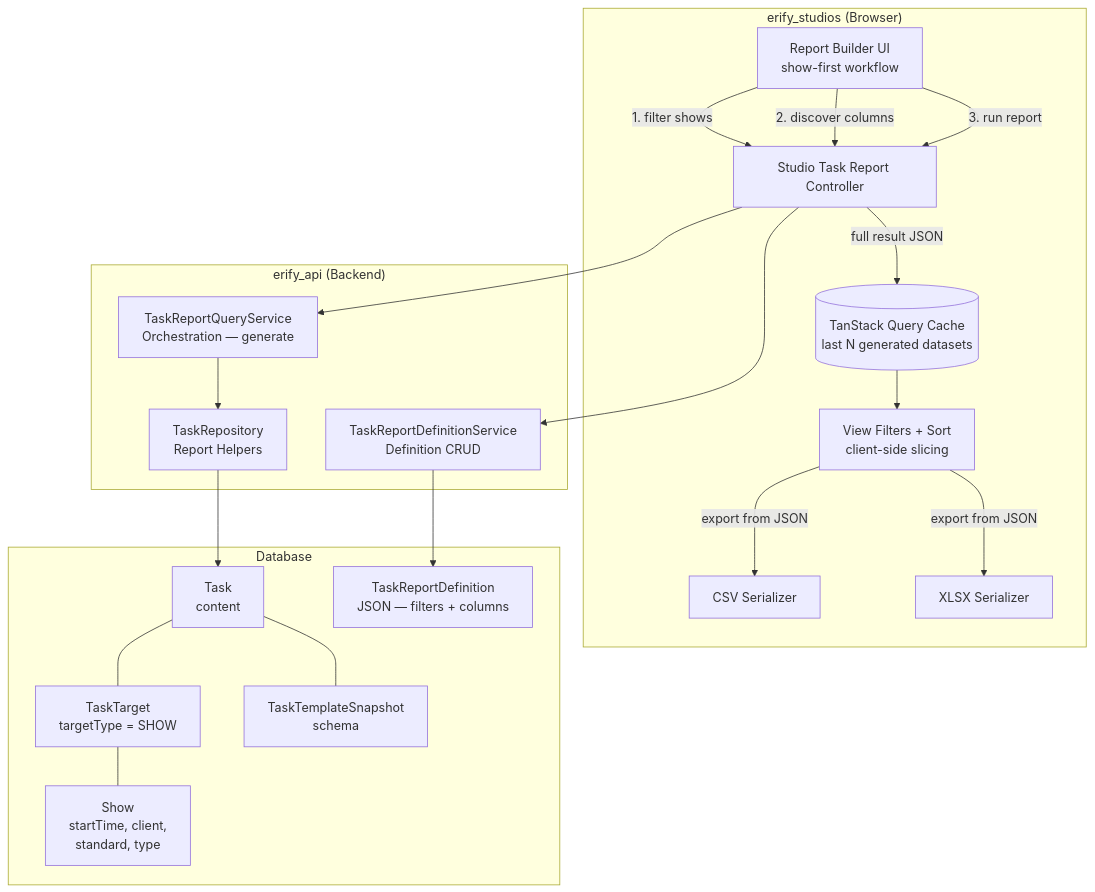
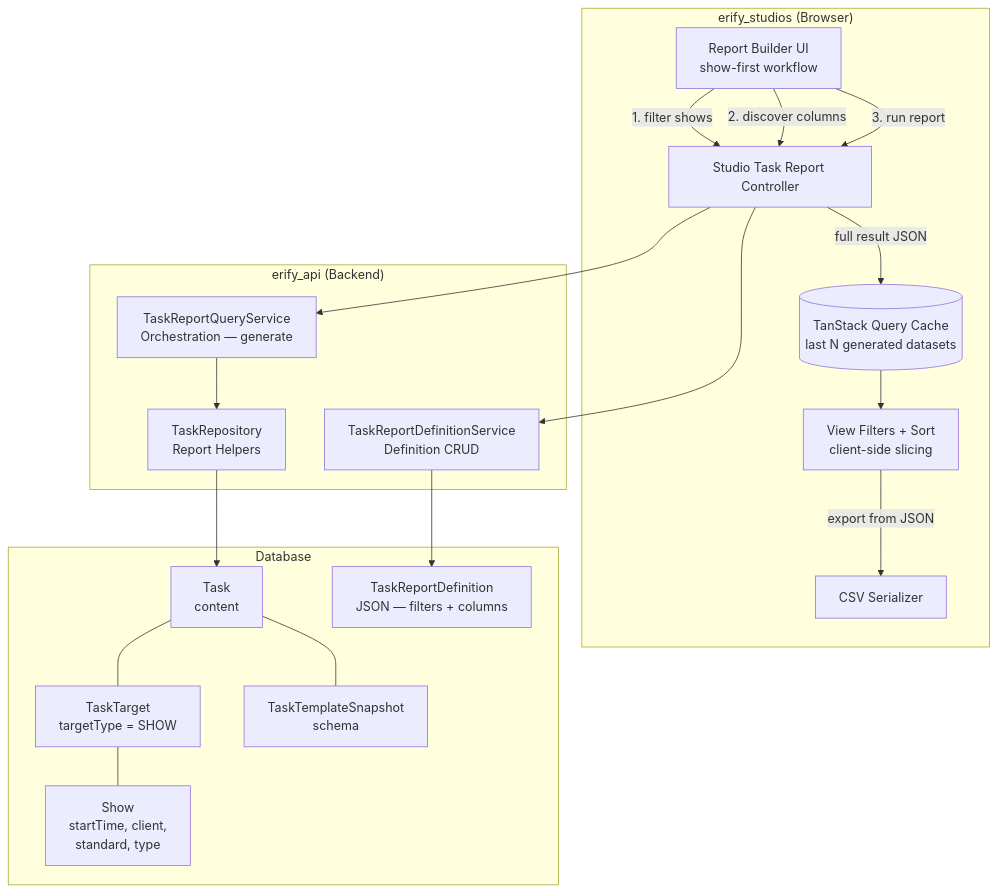
One commit to allenlin90/eridu-services changed the fifth of 5 diagrams in docs/prd/task-submission-reporting.md. Above: the diagram before and after it, drawn with Mermaid. The commit also changed other lines of this file and 2 other files, not shown here.

Commit message:
fix(task-reports): export full dataset csv and align docs

````diff
--- a/docs/prd/task-submission-reporting.md
+++ b/docs/prd/task-submission-reporting.md
@@ -499,41 +501,39 @@
 ```mermaid
 graph TB
     subgraph "erify_studios (Browser)"
         UI[Report Builder UI<br/>show-first workflow]
         CACHE[(TanStack Query Cache<br/>last N generated datasets)]
         VIEW[View Filters + Sort<br/>client-side slicing]
         CSV[CSV Serializer]
-        XLSX[XLSX Serializer]
         UI -->|1. filter shows| API
         UI -->|2. discover columns| API
         UI -->|3. run report| API
         API -->|full result JSON| CACHE
         CACHE --> VIEW
         VIEW -->|export from JSON| CSV
-        VIEW -->|export from JSON| XLSX
     end
 
     subgraph "erify_api (Backend)"
         API[Studio Task Report Controller]
         QS[TaskReportQueryService<br/>Orchestration — generate]
         DS[TaskReportDefinitionService<br/>Definition CRUD]
         TR[TaskRepository<br/>Report Helpers]
         API --> QS
         API --> DS
         QS --> TR
     end
 
     subgraph "Database"
         T[Task<br/>content]
         TT[TaskTarget<br/>targetType = SHOW]
         S[Show<br/>startTime, client,<br/>standard, type]
         TS[TaskTemplateSnapshot<br/>schema]
         TRD[TaskReportDefinition<br/>JSON — filters + columns]
         T --- TT
         TT --- S
         T --- TS
     end
 
     TR --> T
     DS --> TRD
 ```
````
